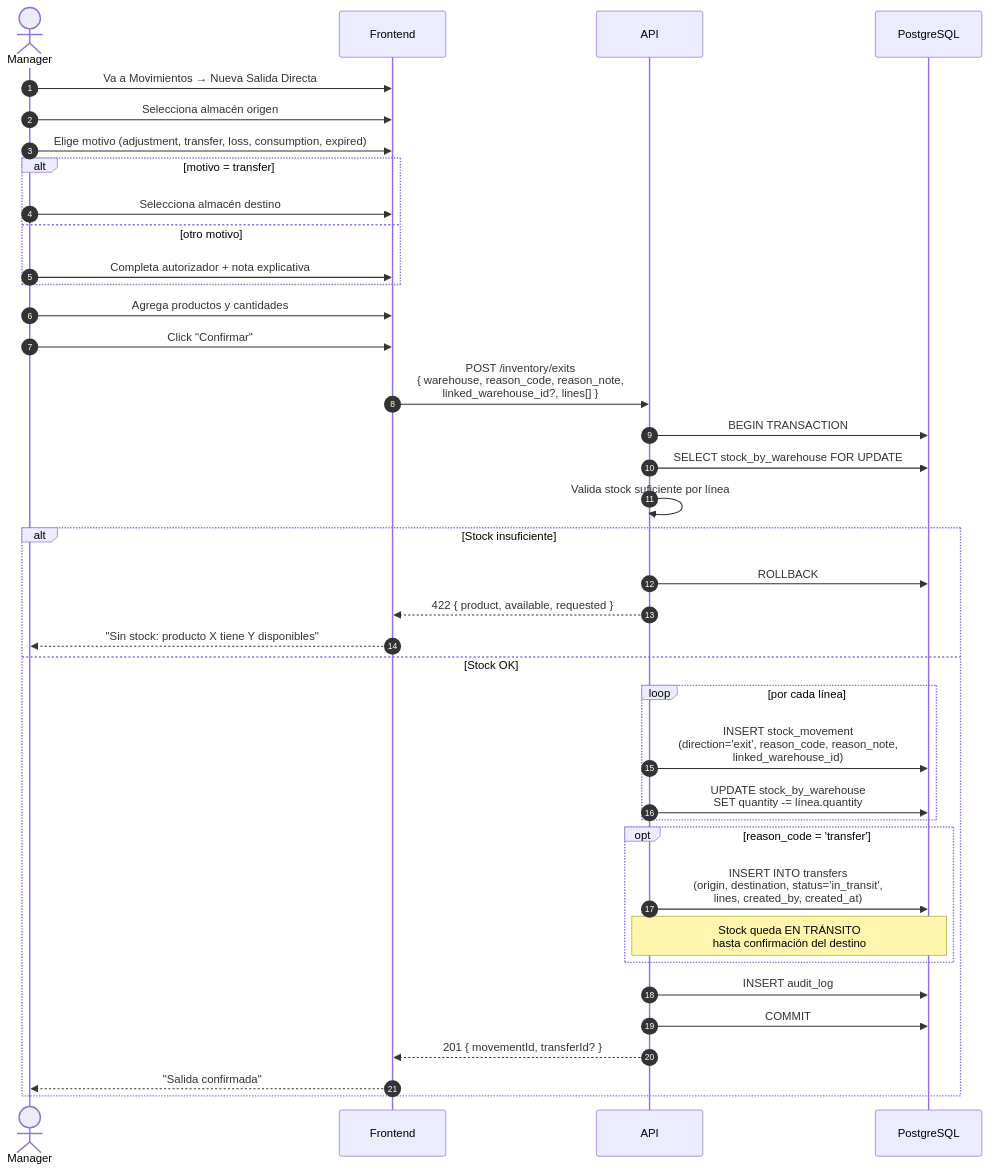
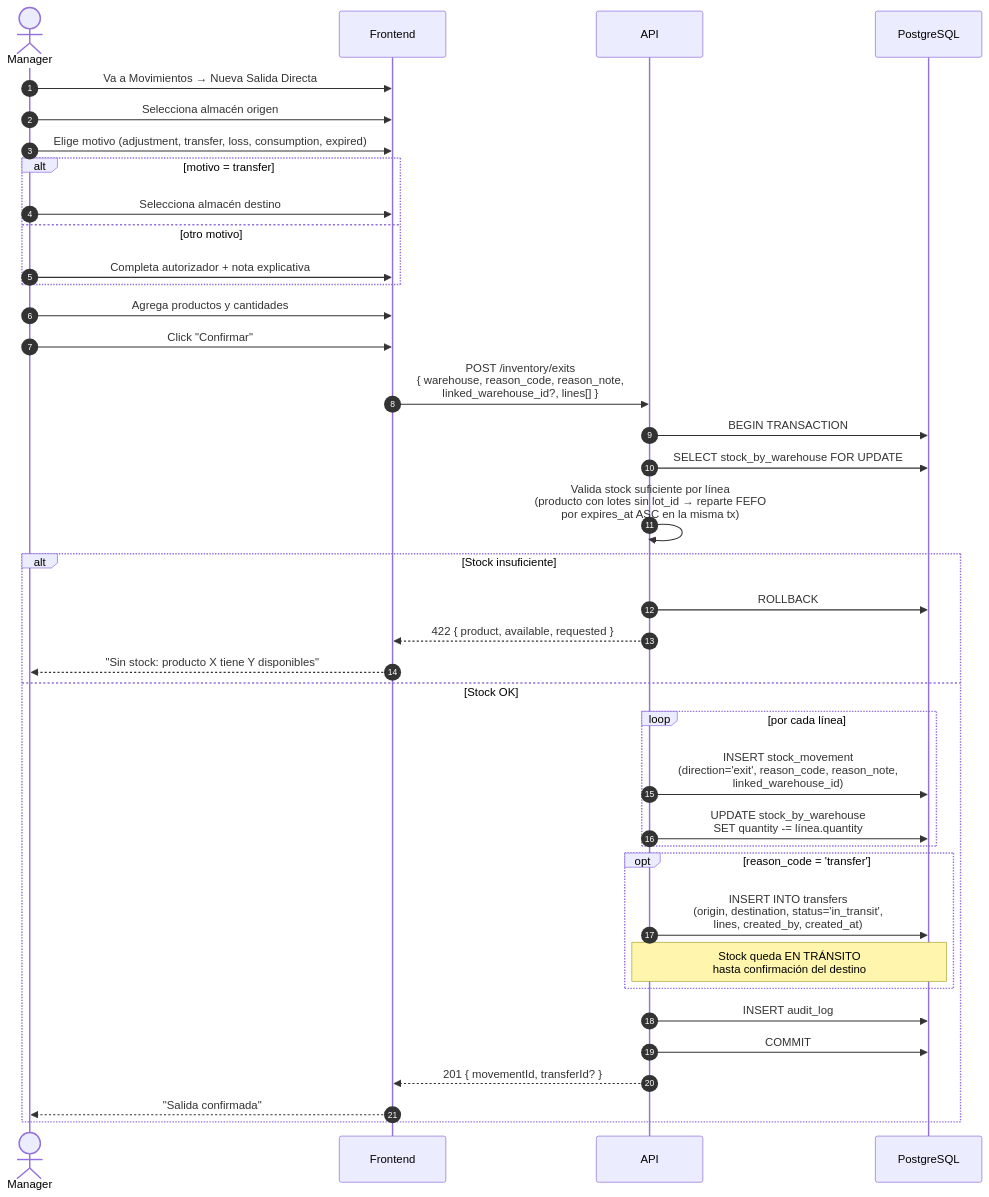
One commit to carloshlm/sellpoint changed the seventh of 12 diagrams in FLUJOS.md. Above: the diagram before and after it, drawn with Mermaid. The commit also changed other lines of this file and 4 other files, not shown here.

Commit message:
docs(f3): lotes, caducidad y ubicacion entran a la fase con modelo de dos niveles y fefo

````diff
--- a/FLUJOS.md
+++ b/FLUJOS.md
@@ -271,47 +271,47 @@
 ```mermaid
 sequenceDiagram
     autonumber
     actor M as Manager
     participant F as Frontend
     participant API as API
     participant DB as PostgreSQL
 
     M->>F: Va a Movimientos → Nueva Salida Directa
     M->>F: Selecciona almacén origen
     M->>F: Elige motivo (adjustment, transfer, loss, consumption, expired)
 
     alt motivo = transfer
         M->>F: Selecciona almacén destino
     else otro motivo
         M->>F: Completa autorizador + nota explicativa
     end
 
     M->>F: Agrega productos y cantidades
     M->>F: Click "Confirmar"
     F->>API: POST /inventory/exits<br/>{ warehouse, reason_code, reason_note,<br/>linked_warehouse_id?, lines[] }
 
     API->>DB: BEGIN TRANSACTION
     API->>DB: SELECT stock_by_warehouse FOR UPDATE
-    API->>API: Valida stock suficiente por línea
+    API->>API: Valida stock suficiente por línea<br/>(producto con lotes sin lot_id → reparte FEFO<br/>por expires_at ASC en la misma tx)
 
     alt Stock insuficiente
         API->>DB: ROLLBACK
         API-->>F: 422 { product, available, requested }
         F-->>M: "Sin stock: producto X tiene Y disponibles"
     else Stock OK
         loop por cada línea
             API->>DB: INSERT stock_movement<br/>(direction='exit', reason_code, reason_note,<br/>linked_warehouse_id)
             API->>DB: UPDATE stock_by_warehouse<br/>SET quantity -= línea.quantity
         end
 
         opt reason_code = 'transfer'
             API->>DB: INSERT INTO transfers<br/>(origin, destination, status='in_transit',<br/>lines, created_by, created_at)
             Note over API,DB: Stock queda EN TRÁNSITO<br/>hasta confirmación del destino
         end
 
         API->>DB: INSERT audit_log
         API->>DB: COMMIT
         API-->>F: 201 { movementId, transferId? }
         F-->>M: "Salida confirmada"
     end
 ```
````
